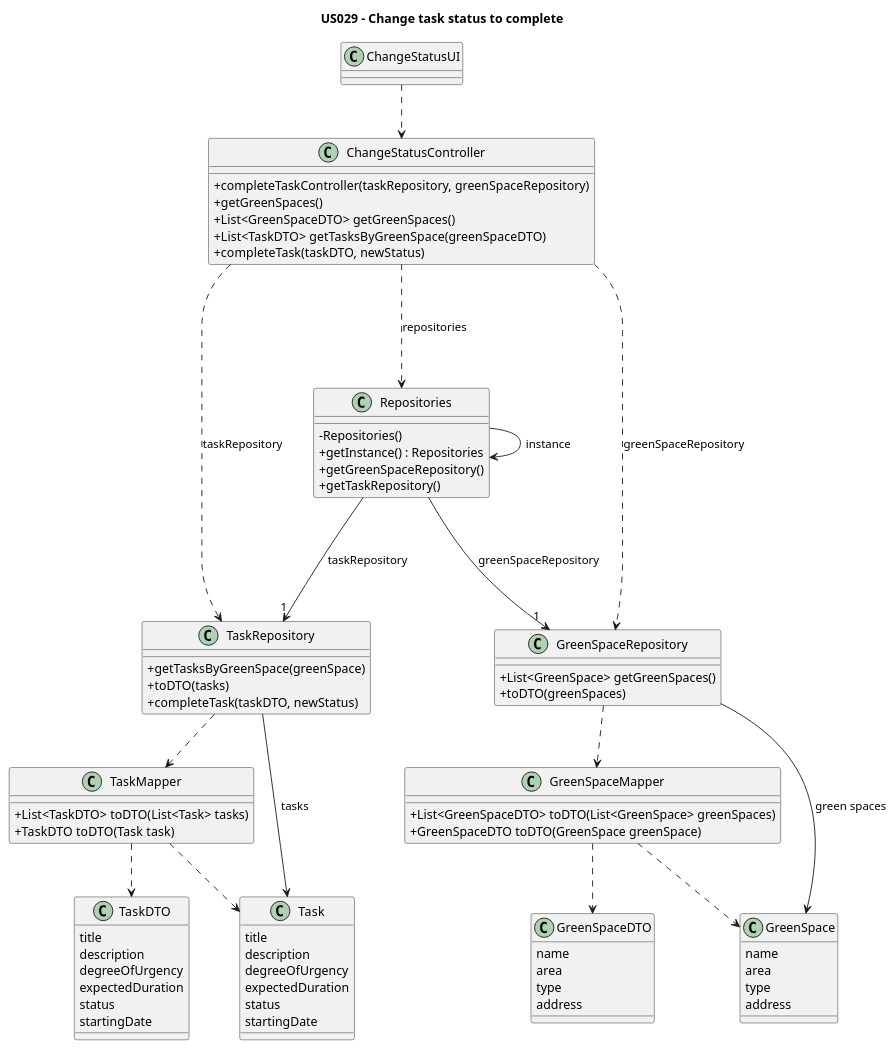
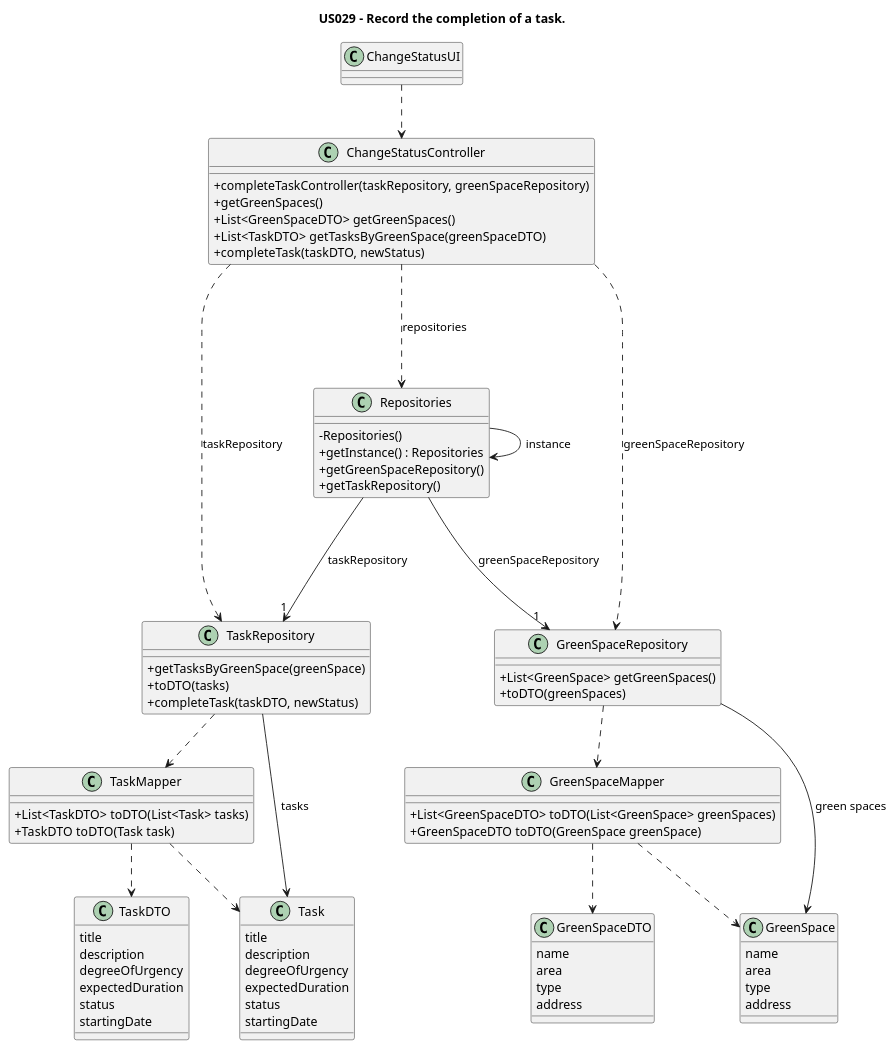
The diagram in docs/sprintC/us029/03.design/puml/us029-class-diagram.puml (Departamento-de-Engenharia-Informatica/lei-24-s2-1dm-g132), drawn with PlantUML before and after one commit. The commit also changed 7 other files, not shown here.

```diff
--- a/docs/sprintC/us029/03.design/puml/us029-class-diagram.puml
+++ b/docs/sprintC/us029/03.design/puml/us029-class-diagram.puml
@@ -1,107 +1,107 @@
 @startuml
 
        'skinparam monochrome true
        skinparam packageStyle rectangle
        skinparam shadowing false
        skinparam linetype polyline
        skinparam linetype orto
 
        skinparam classAttributeIconSize 0
 
        'left to right direction
 
-       title US029 - Change task status to complete
+       title US029 - Record the completion of a task.
 
        class ChangeStatusUI {
        }
 
        class ChangeStatusController {
            + completeTaskController(taskRepository, greenSpaceRepository)
            + getGreenSpaces()
            + List<GreenSpaceDTO> getGreenSpaces()
            + List<TaskDTO> getTasksByGreenSpace(greenSpaceDTO)
            + completeTask(taskDTO, newStatus)
 
        }
 
        class Repositories {
            - Repositories()
            + getInstance() : Repositories
            + getGreenSpaceRepository()
            + getTaskRepository()
        }
 
        class TaskRepository {
            + getTasksByGreenSpace(greenSpace)
            + toDTO(tasks)
            + completeTask(taskDTO, newStatus)
        }
 
        class GreenSpaceRepository {
            + List<GreenSpace> getGreenSpaces()
            + toDTO(greenSpaces)
 
        }
 
        class GreenSpaceMapper {
            + List<GreenSpaceDTO> toDTO(List<GreenSpace> greenSpaces)
            + GreenSpaceDTO toDTO(GreenSpace greenSpace)
        }
 
        class TaskMapper {
            + List<TaskDTO> toDTO(List<Task> tasks)
            + TaskDTO toDTO(Task task)
        }
 
        class GreenSpaceDTO {
            name
            area
            type
            address
        }
 
        class TaskDTO {
            title
            description
            degreeOfUrgency
            expectedDuration
            status
            startingDate
        }
 
        class Task {
            title
            description
            degreeOfUrgency
            expectedDuration
            status
            startingDate
        }
 
        class GreenSpace {
            name
            area
            type
            address
        }
 
        ChangeStatusUI ..> ChangeStatusController
        ChangeStatusController ...> Repositories: repositories
        ChangeStatusController ..> TaskRepository: taskRepository
        ChangeStatusController ..> GreenSpaceRepository: greenSpaceRepository
 
        Repositories -> Repositories : instance
        Repositories ---> "1" TaskRepository: taskRepository
        Repositories ---> "1" GreenSpaceRepository: greenSpaceRepository
 
        TaskRepository --> Task: tasks
        GreenSpaceRepository --> GreenSpace: green spaces
 
        TaskRepository ..> TaskMapper
        TaskMapper ..> TaskDTO
        TaskMapper ..> Task
        GreenSpaceRepository ..> GreenSpaceMapper
        GreenSpaceMapper ..> GreenSpaceDTO
        GreenSpaceMapper ..> GreenSpace
 
        @enduml
```
